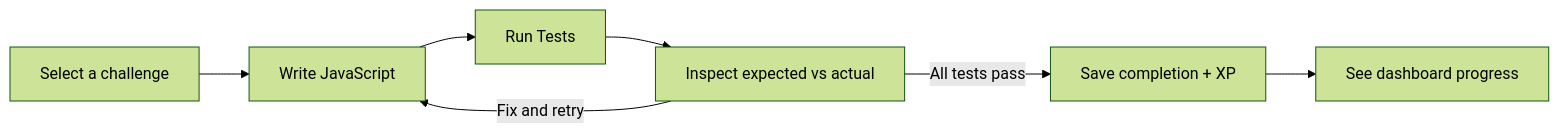
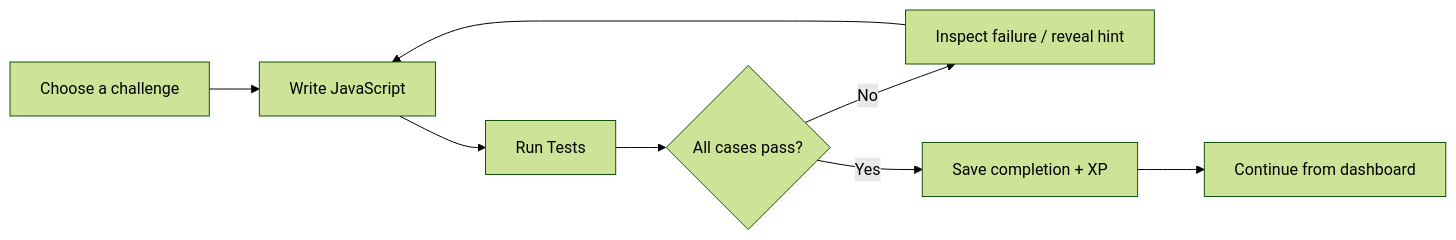
Before and after one commit to Calvin1921/codequest: the diagram in README.md, drawn with Mermaid (forest theme). The commit also changed other lines of this file and 5 other files, not shown here.

````diff
--- a/README.md
+++ b/README.md
@@ -7,9 +27,10 @@
 ```mermaid
 flowchart LR
-    A[Select a challenge] --> B[Write JavaScript]
+    A[Choose a challenge] --> B[Write JavaScript]
     B --> C[Run Tests]
-    C --> D[Inspect expected vs actual]
-    D -->|Fix and retry| B
-    D -->|All tests pass| E[Save completion + XP]
-    E --> F[See dashboard progress]
+    C --> D{All cases pass?}
+    D -->|No| E[Inspect failure / reveal hint]
+    E --> B
+    D -->|Yes| F[Save completion + XP]
+    F --> G[Continue from dashboard]
 ```
````
